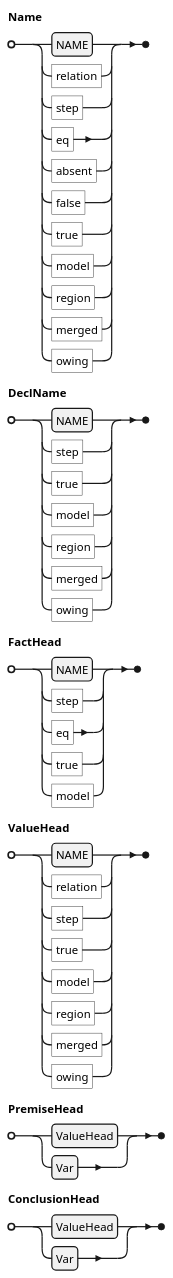
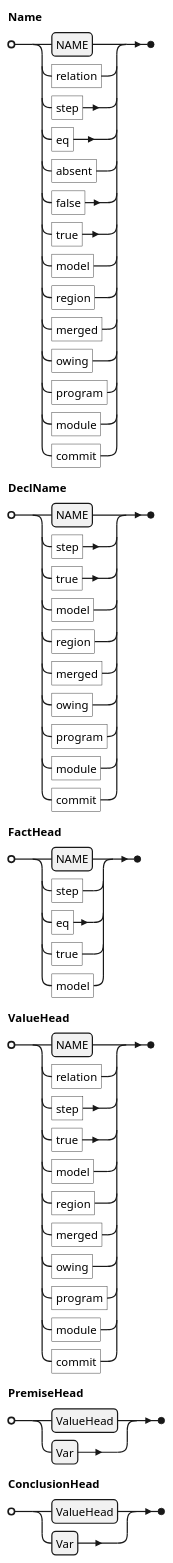
One commit to agutikov/ein changed the diagram in docs/ein/user/04-reference/diagrams/01-grammar-phrase-names.puml. Above: the diagram before and after it, drawn with PlantUML. The commit also changed 116 other files, not shown here.

```diff
--- a/docs/ein/user/04-reference/diagrams/01-grammar-phrase-names.puml
+++ b/docs/ein/user/04-reference/diagrams/01-grammar-phrase-names.puml
@@ -1,10 +1,14 @@
 @startebnf
 Name =
     NAME | "relation" | "step" | "eq" | "absent" | "false" | "true" | "model" | "region" | "merged"
-  | "owing" ;
-DeclName = NAME | "step" | "true" | "model" | "region" | "merged" | "owing" ;
+  | "owing" | "program" | "module" | "commit" ;
+DeclName =
+    NAME | "step" | "true" | "model" | "region" | "merged" | "owing" | "program" | "module"
+  | "commit" ;
 FactHead = NAME | "step" | "eq" | "true" | "model" ;
-ValueHead = NAME | "relation" | "step" | "true" | "model" | "region" | "merged" | "owing" ;
+ValueHead =
+    NAME | "relation" | "step" | "true" | "model" | "region" | "merged" | "owing" | "program"
+  | "module" | "commit" ;
 PremiseHead = ValueHead | Var ;
 ConclusionHead = ValueHead | Var ;
 @endebnf
```
